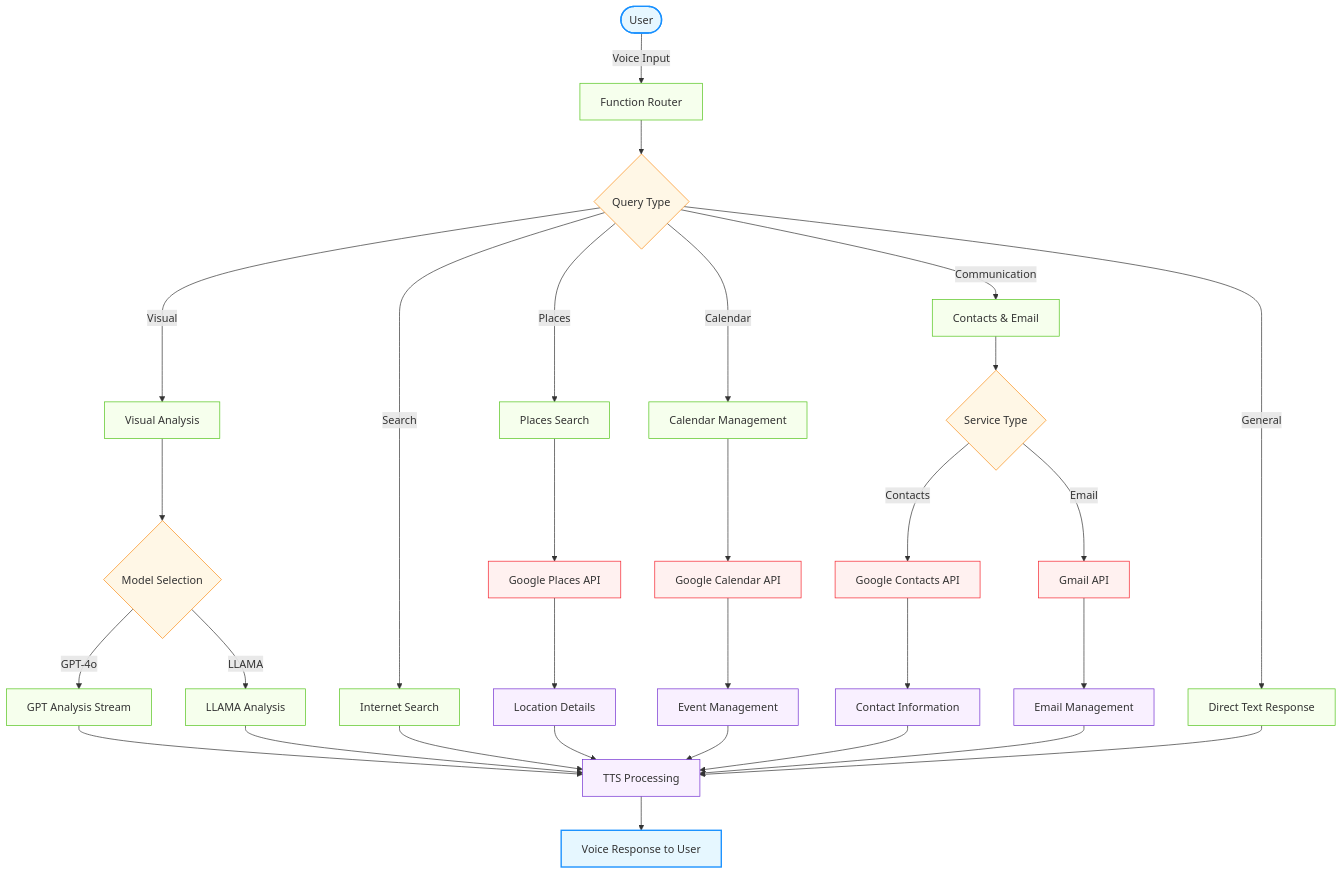
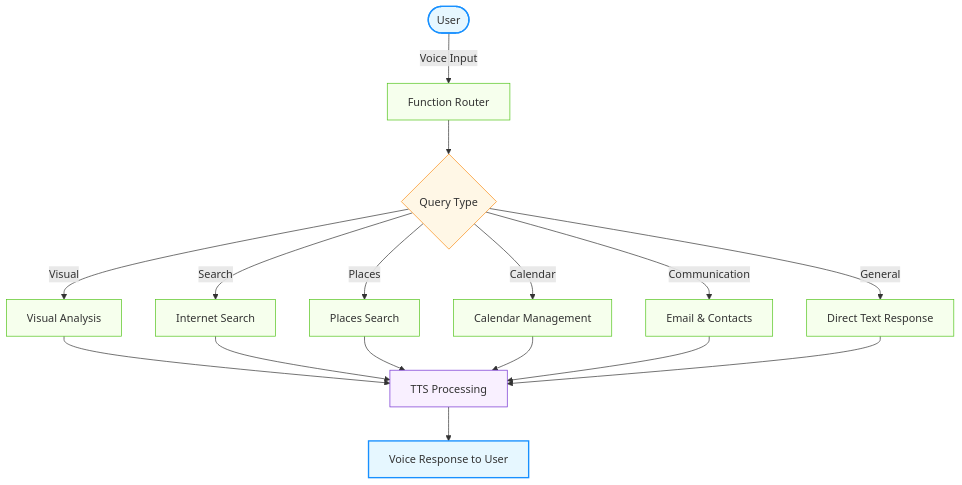
Before and after one commit to codingaslu/Voice-Vision-Assistant-for-Blind: the diagram in README.md, drawn with Mermaid. The commit also changed other lines of this file, not shown here.

````diff
--- a/README.md
+++ b/README.md
@@ -23,58 +23,34 @@
 ```mermaid
 graph TD
     %% Main flow - simplified
     User([User]) --> |"Voice Input"| Router["Function Router"]
     Router --> QueryType{"Query Type"}
     
     %% Simplified branches
     QueryType -->|"Visual"| VisualProcess["Visual Analysis"]
     QueryType -->|"Search"| SearchProcess["Internet Search"]
     QueryType -->|"Places"| PlacesProcess["Places Search"]
     QueryType -->|"Calendar"| CalendarProcess["Calendar Management"]
-    QueryType -->|"Communication"| CommProcess["Contacts & Email"]
+    QueryType -->|"Communication"| CommProcess["Email & Contacts"]
     QueryType -->|"General"| TextProcess["Direct Text Response"]
     
-    %% Simplified visual path
-    VisualProcess --> ModelChoice{"Model Selection"}
-    ModelChoice -->|"GPT-4o"| GPTAnalysis["GPT Analysis Stream"]
-    ModelChoice -->|"LLAMA"| LLAMAAnalysis["LLAMA Analysis"]
-    
-    %% Places path
-    PlacesProcess --> GooglePlaces["Google Places API"]
-    GooglePlaces --> PlacesResults["Location Details"]
-    
-    %% Calendar path
-    CalendarProcess --> GoogleCalendar["Google Calendar API"]
-    GoogleCalendar --> CalendarResults["Event Management"]
-    
-    %% Communication path
-    CommProcess --> CommChoice{"Service Type"}
-    CommChoice -->|"Contacts"| GoogleContacts["Google Contacts API"]
-    CommChoice -->|"Email"| Gmail["Gmail API"]
-    GoogleContacts --> ContactResults["Contact Information"]
-    Gmail --> EmailResults["Email Management"]
-    
     %% Output consolidation - simplified
-    GPTAnalysis --> Response["TTS Processing"]
-    LLAMAAnalysis --> Response
+    VisualProcess --> Response["TTS Processing"]
     SearchProcess --> Response
-    PlacesResults --> Response
-    CalendarResults --> Response
-    ContactResults --> Response
-    EmailResults --> Response
+    PlacesProcess --> Response
+    CalendarProcess --> Response
+    CommProcess --> Response
     TextProcess --> Response
     Response --> Deliver["Voice Response to User"]
     
     %% Styling
     classDef interface fill:#e6f7ff,stroke:#1890ff,stroke-width:2px
     classDef process fill:#f6ffed,stroke:#52c41a,stroke-width:1px
     classDef decision fill:#fff7e6,stroke:#fa8c16,stroke-width:1px
     classDef output fill:#f9f0ff,stroke:#722ed1,stroke-width:1px
-    classDef api fill:#fff1f0,stroke:#f5222d,stroke-width:1px
     
     class User,Deliver interface
-    class Router,VisualProcess,GPTAnalysis,LLAMAAnalysis,SearchProcess,TextProcess,PlacesProcess,CalendarProcess,CommProcess process
-    class QueryType,ModelChoice,CommChoice decision
-    class Response,PlacesResults,CalendarResults,ContactResults,EmailResults output
-    class GooglePlaces,GoogleCalendar,GoogleContacts,Gmail api
+    class Router,VisualProcess,SearchProcess,TextProcess,PlacesProcess,CalendarProcess,CommProcess process
+    class QueryType decision
+    class Response output
 ```
````
